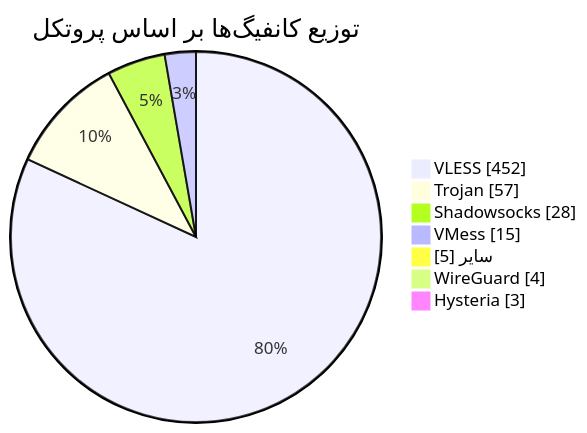
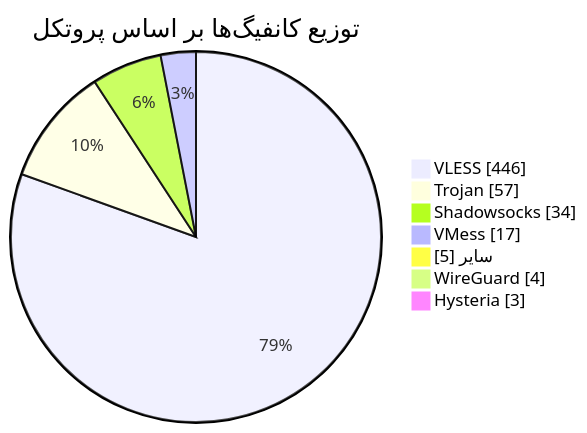
Before and after one commit to Arian-Alijani/Somthing: the diagram in README.md, drawn with Mermaid. The commit also changed other lines of this file and 17 other files, not shown here.

````diff
--- a/README.md
+++ b/README.md
@@ -49,11 +49,11 @@
 ```mermaid
 pie showData
     title توزیع کانفیگ‌ها بر اساس پروتکل
-    "VLESS" : 452
+    "VLESS" : 446
     "Trojan" : 57
-    "Shadowsocks" : 28
-    "VMess" : 15
+    "Shadowsocks" : 34
+    "VMess" : 17
     "سایر" : 5
     "WireGuard" : 4
     "Hysteria" : 3
 ```
````
